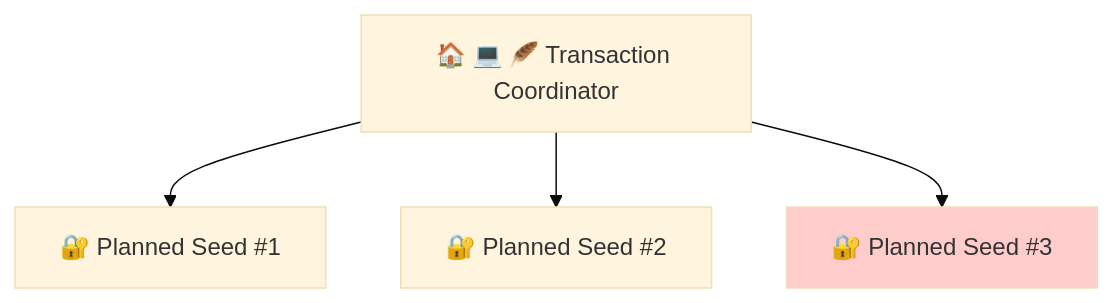
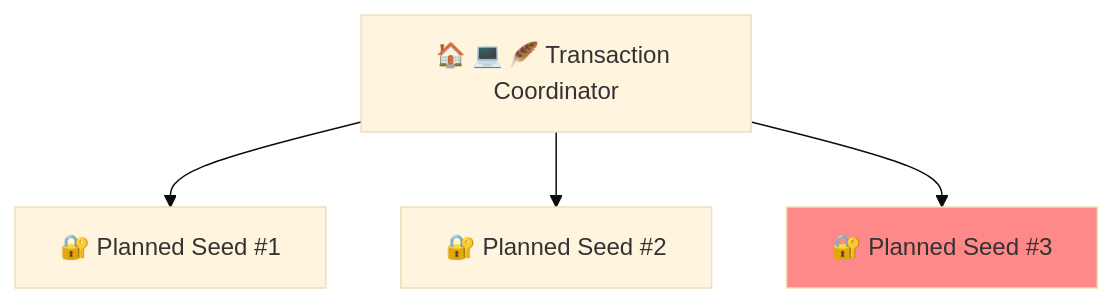
The eighth of 26 diagrams in Docs/Scenario-Multisig.md (BlockchainCommons/SmartCustody), drawn with Mermaid (base theme) before and after one commit. The commit also changed other lines of this file, not shown here.

````diff
--- a/Docs/Scenario-Multisig.md
+++ b/Docs/Scenario-Multisig.md
@@ -302,12 +302,12 @@
 ```mermaid
     graph TD;
     A["🏠 💻 🪶 Transaction Coordinator"]
     B["🔐 Planned Seed #1"]
     C["🔐 Planned Seed #2"]
     D["🔐 Planned Seed #3"]    
     A-->B
     A-->C;
     A-->D;
     
-style D fill:#ffcccc;
+style D fill:#ff8888;
 ```
````
